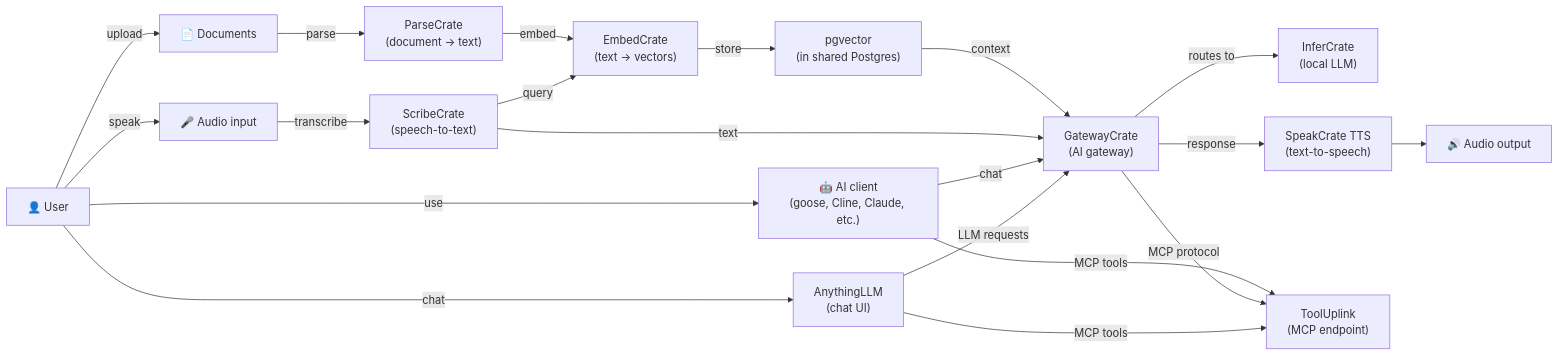
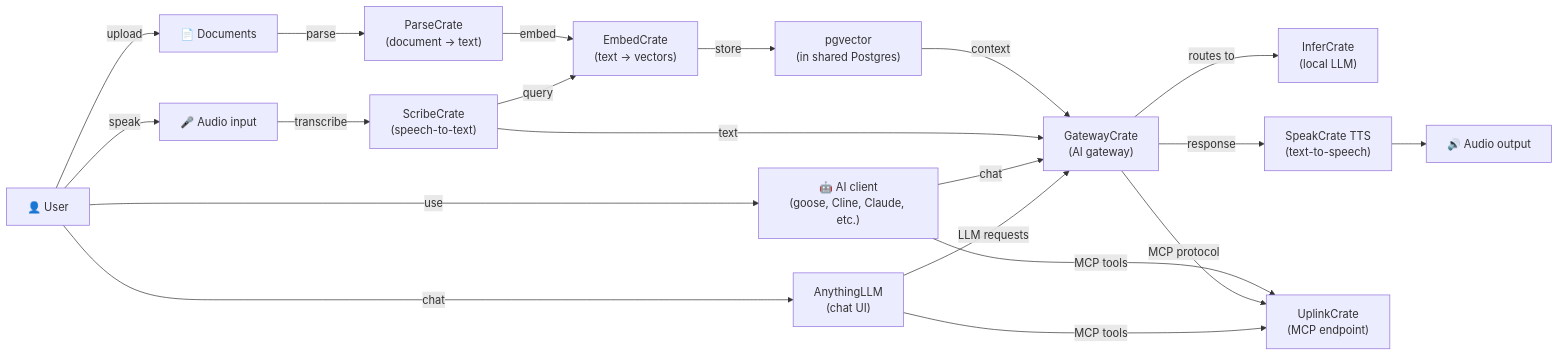
Before and after one commit to hwdsl2/self-hosted-ai-stack: the diagram in README.md, drawn with Mermaid. The commit also changed other lines of this file and 22 other files, not shown here.

````diff
--- a/README.md
+++ b/README.md
@@ -188,22 +188,22 @@
 ```mermaid
 graph LR
     A["🎤 Audio input"] -->|transcribe| W["ScribeCrate<br/>(speech-to-text)"]
     D["📄 Documents"] -->|parse| DC["ParseCrate<br/>(document → text)"]
     DC -->|embed| E["EmbedCrate<br/>(text → vectors)"]
     E -->|store| VDB["pgvector<br/>(in shared Postgres)"]
     W -->|query| E
     VDB -->|context| L["GatewayCrate<br/>(AI gateway)"]
     W -->|text| L
     L -->|routes to| O["InferCrate<br/>(local LLM)"]
     L -->|response| T["SpeakCrate TTS<br/>(text-to-speech)"]
     T --> B["🔊 Audio output"]
-    C["🤖 AI client<br/>(goose, Cline, Claude, etc.)"] -->|MCP tools| M["ToolUplink<br/>(MCP endpoint)"]
+    C["🤖 AI client<br/>(goose, Cline, Claude, etc.)"] -->|MCP tools| M["UplinkCrate<br/>(MCP endpoint)"]
     C -->|chat| L
     L -->|MCP protocol| M
     U["👤 User"] -->|chat| AN["AnythingLLM<br/>(chat UI)"]
     AN -->|LLM requests| L
     AN -->|MCP tools| M
     U -->|use| C
     U -->|speak| A
     U -->|upload| D
 ```
````
